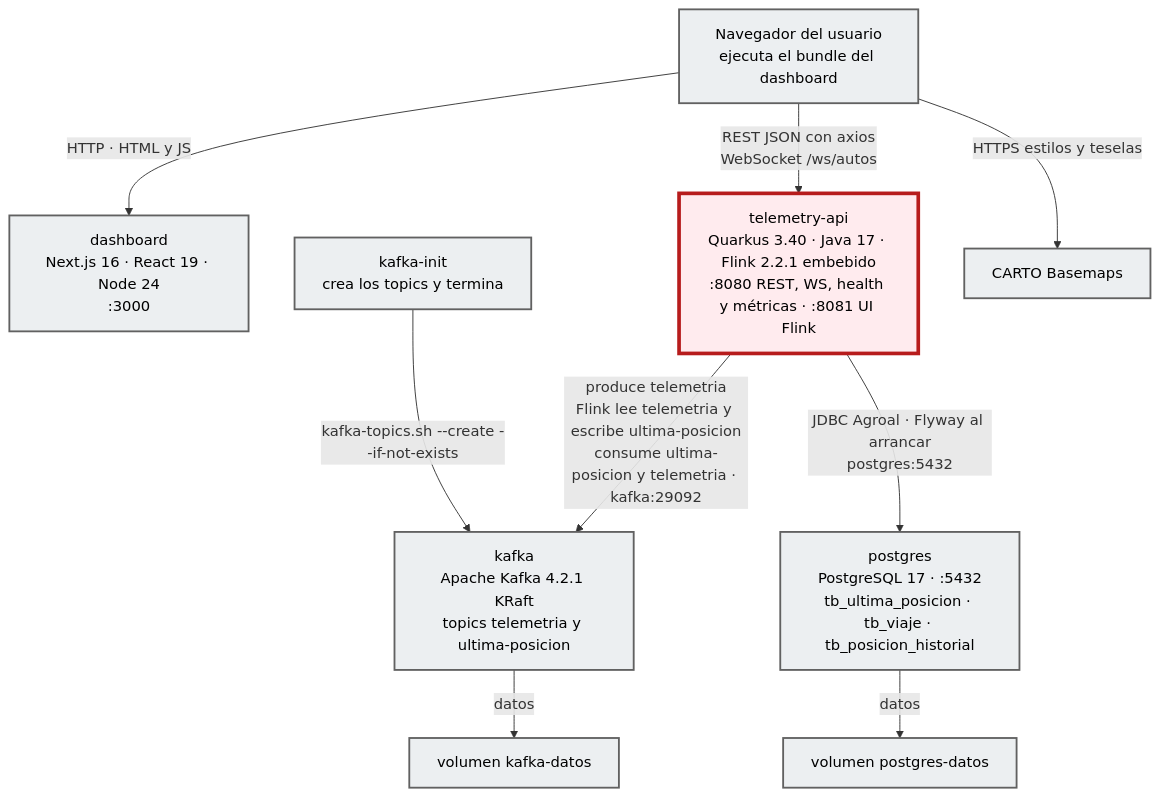
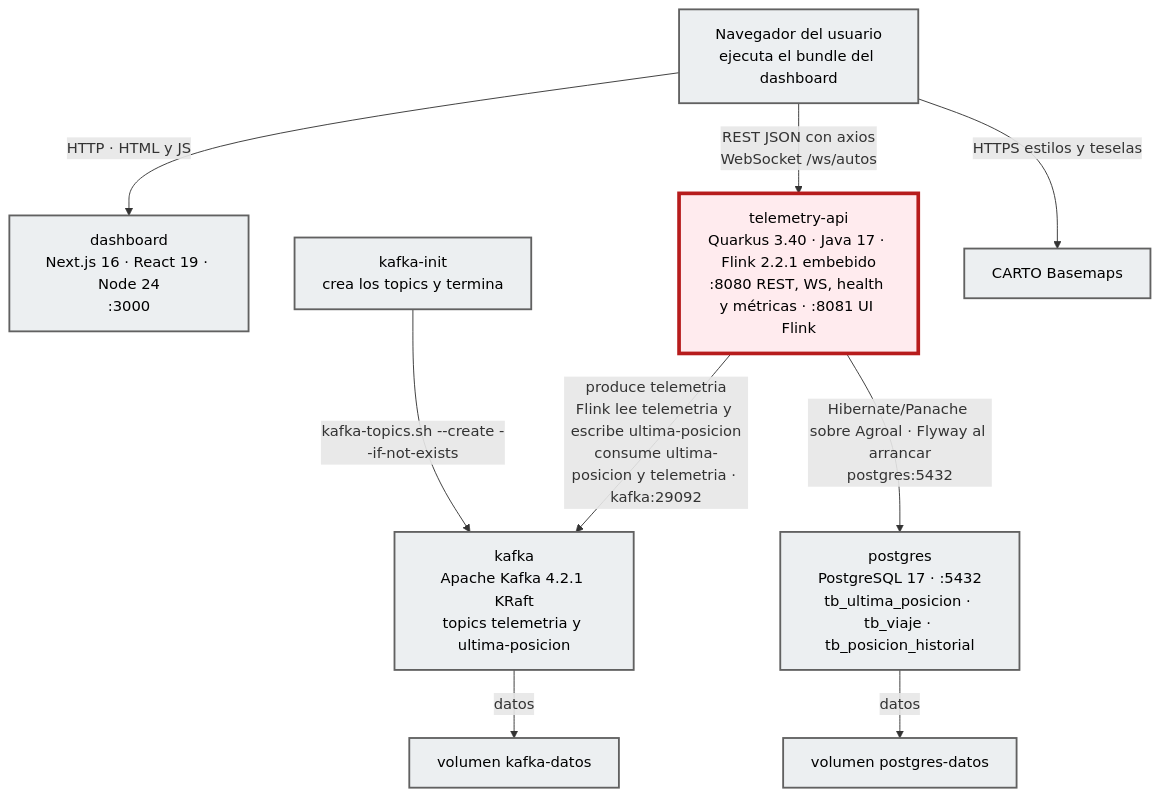
Before and after one commit to devbryan02/telemetry-flink-quarkus: the diagram in docs/c4/container.md, drawn with Mermaid. The commit also changed other lines of this file and 5 other files, not shown here.

Commit message:
docs(arquitectura): reflejar Hibernate ORM y Panache en CLAUDE.md, ADR-006 y C4

````diff
--- a/docs/c4/container.md
+++ b/docs/c4/container.md
@@ -32,24 +32,24 @@
 ```mermaid
 flowchart TB
   navegador["Navegador del usuario<br/>ejecuta el bundle del dashboard"]
   dashboard["dashboard<br/>Next.js 16 · React 19 · Node 24<br/>:3000"]
   api["telemetry-api<br/>Quarkus 3.40 · Java 17 · Flink 2.2.1 embebido<br/>:8080 REST, WS, health y métricas · :8081 UI Flink"]
   kafka["kafka<br/>Apache Kafka 4.2.1 KRaft<br/>topics telemetria y ultima-posicion"]
   init["kafka-init<br/>crea los topics y termina"]
   volumen["volumen kafka-datos"]
   postgres["postgres<br/>PostgreSQL 17 · :5432<br/>tb_ultima_posicion · tb_viaje · tb_posicion_historial"]
   volpg["volumen postgres-datos"]
   carto["CARTO Basemaps"]
   navegador -->|"HTTP · HTML y JS"| dashboard
   navegador -->|"REST JSON con axios<br/>WebSocket /ws/autos"| api
   navegador -->|"HTTPS estilos y teselas"| carto
   api -->|"produce telemetria<br/>Flink lee telemetria y escribe ultima-posicion<br/>consume ultima-posicion y telemetria · kafka:29092"| kafka
-  api -->|"JDBC Agroal · Flyway al arrancar<br/>postgres:5432"| postgres
+  api -->|"Hibernate/Panache sobre Agroal · Flyway al arrancar<br/>postgres:5432"| postgres
   init -->|"kafka-topics.sh --create --if-not-exists"| kafka
   kafka -->|"datos"| volumen
   postgres -->|"datos"| volpg
   classDef other fill:#ECEFF1,stroke:#616161,stroke-width:2px,color:#000
   classDef focus fill:#FFEBEE,stroke:#B71C1C,stroke-width:4px,color:#000
   class navegador,dashboard,kafka,init,volumen,postgres,volpg,carto other
   class api focus
 ```
````
